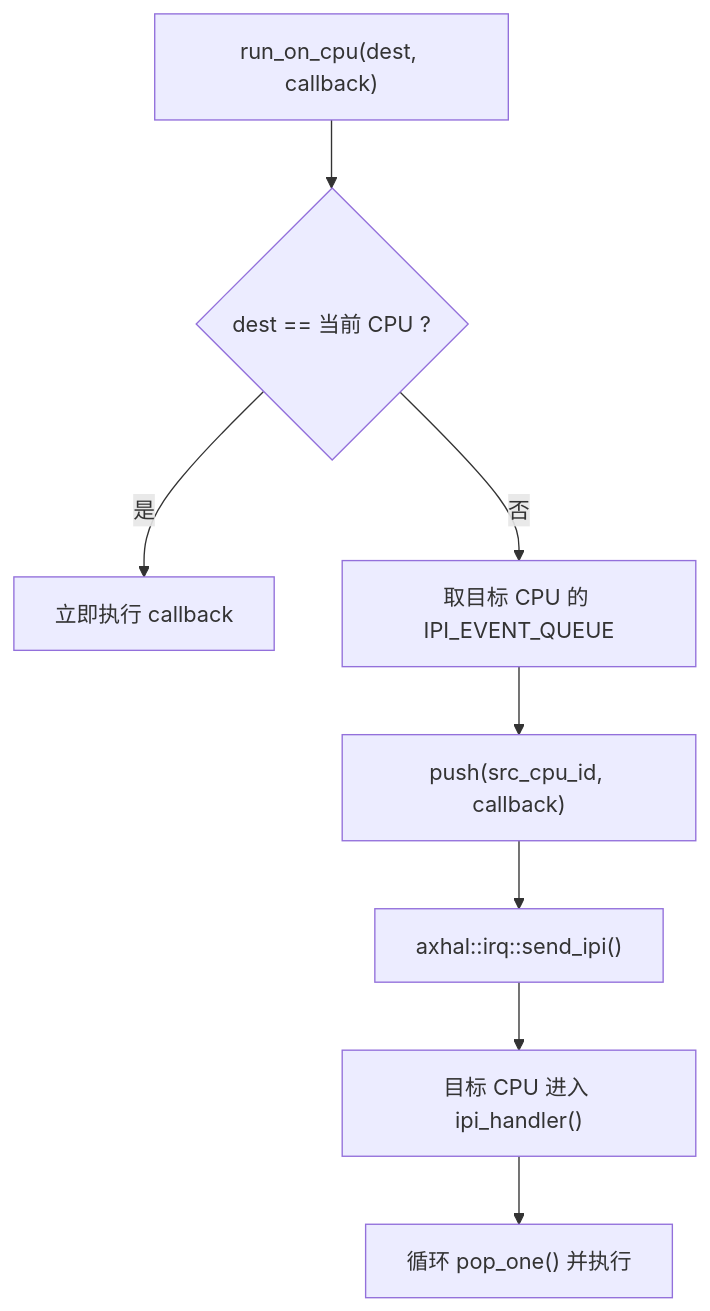
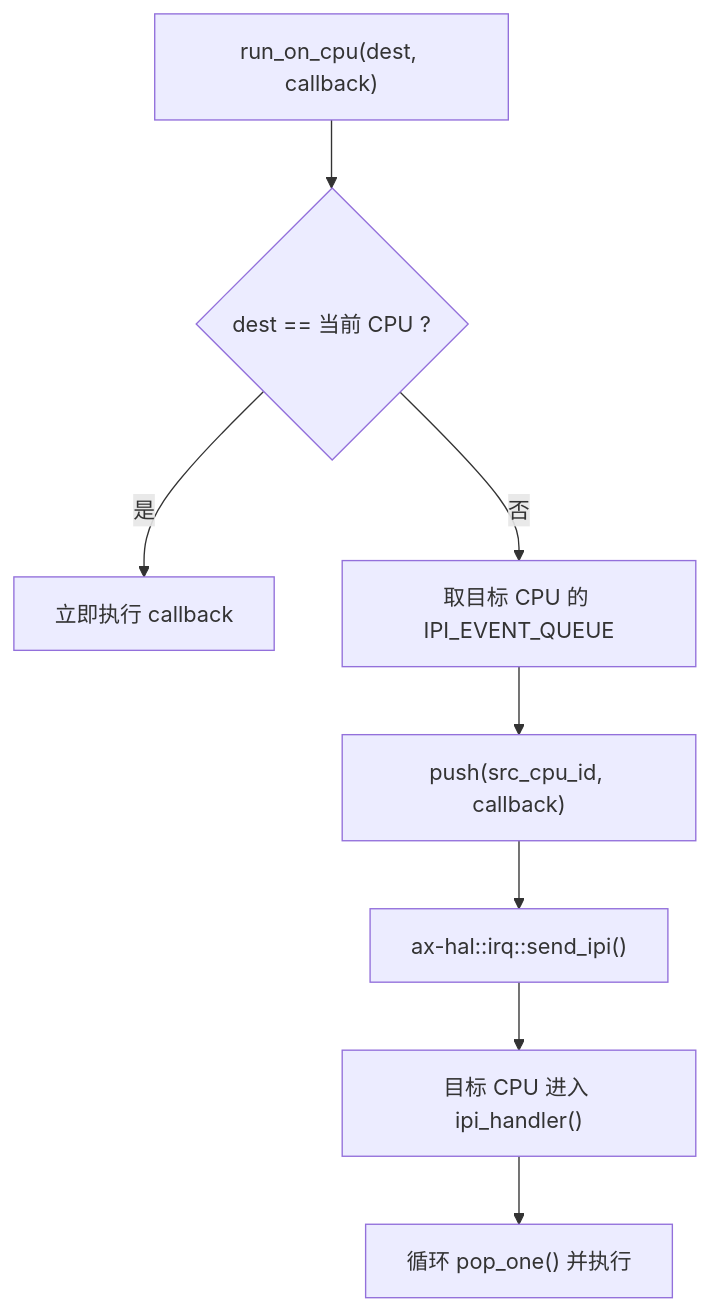
Before and after one commit to yfblock/tgoskits: the first of 2 diagrams in docs/crates/ax-ipi.md, drawn with Mermaid. The commit also changed other lines of this file and 158 other files, not shown here.

Commit message:
rename axhal to ax-hal

````diff
--- a/docs/crates/ax-ipi.md
+++ b/docs/crates/ax-ipi.md
@@ -37,10 +37,10 @@
 ```mermaid
 flowchart TD
     A["run_on_cpu(dest, callback)"] --> B{"dest == 当前 CPU ?"}
     B -- 是 --> C["立即执行 callback"]
     B -- 否 --> D["取目标 CPU 的 IPI_EVENT_QUEUE"]
     D --> E["push(src_cpu_id, callback)"]
-    E --> F["axhal::irq::send_ipi()"]
+    E --> F["ax-hal::irq::send_ipi()"]
     F --> G["目标 CPU 进入 ipi_handler()"]
     G --> H["循环 pop_one() 并执行"]
 ```
````
